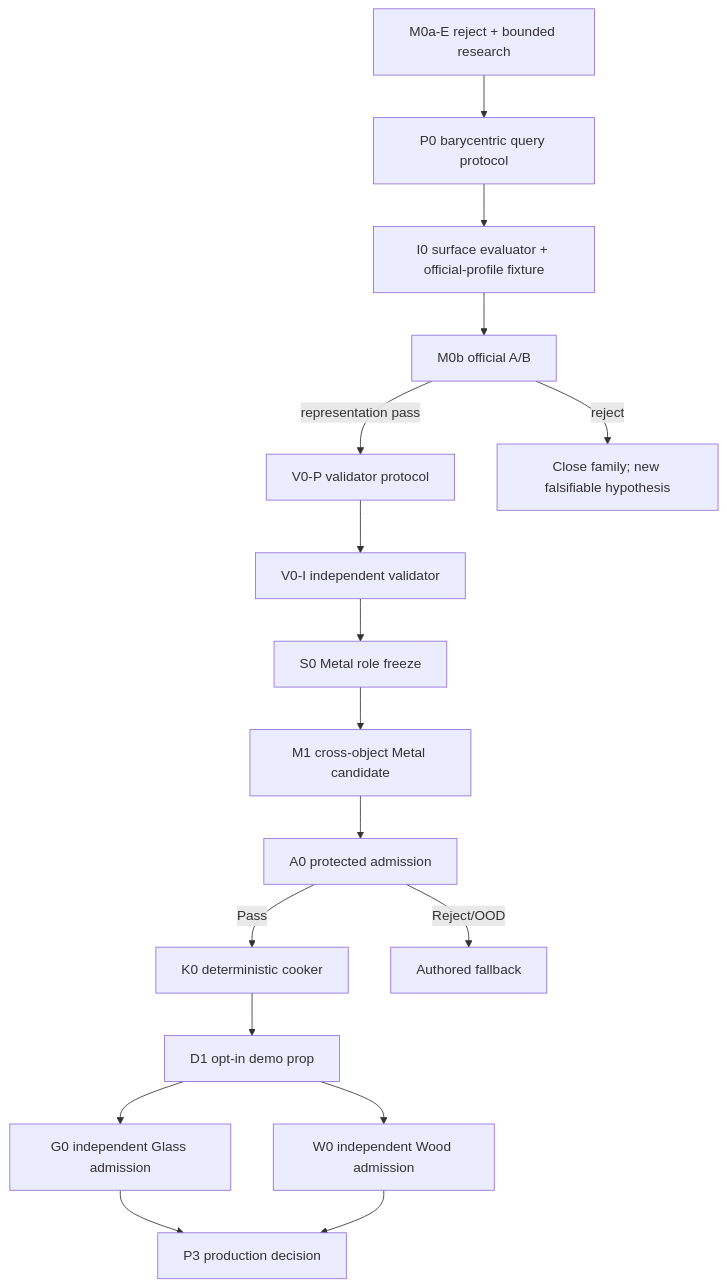
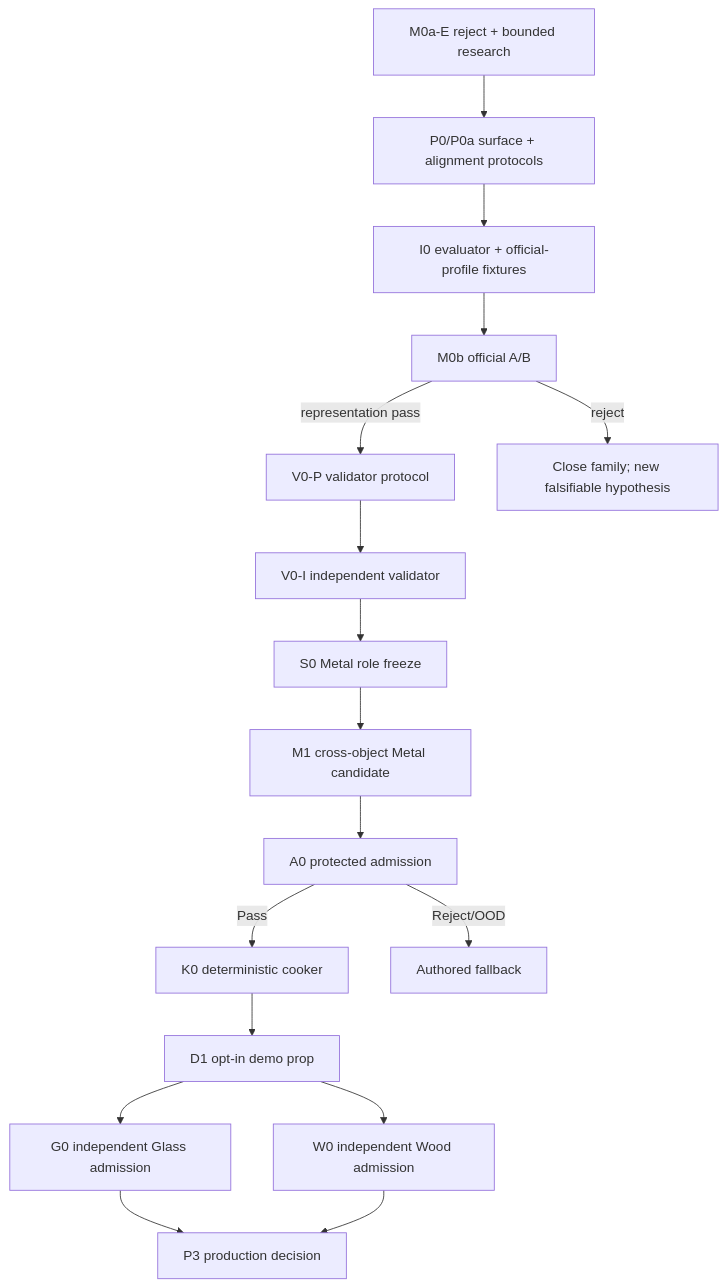
One commit to kaifaty/NextEngine changed the diagram in docs/plans/physical-sound-synthesis-roadmap-v26.md. Above: the diagram before and after it, drawn with Mermaid. The commit also changed other lines of this file and 5 other files, not shown here.

````diff
--- a/docs/plans/physical-sound-synthesis-roadmap-v26.md
+++ b/docs/plans/physical-sound-synthesis-roadmap-v26.md
@@ -49,19 +49,19 @@
 ```mermaid
 flowchart TD
-    R["M0a-E reject + bounded research"] --> P["P0 barycentric query protocol"]
-    P --> I["I0 surface evaluator + official-profile fixture"]
+    R["M0a-E reject + bounded research"] --> P["P0/P0a surface + alignment protocols"]
+    P --> I["I0 evaluator + official-profile fixtures"]
     I --> M["M0b official A/B"]
     M -->|"representation pass"| VP["V0-P validator protocol"]
     M -->|"reject"| MR["Close family; new falsifiable hypothesis"]
     VP --> VI["V0-I independent validator"]
     VI --> S["S0 Metal role freeze"]
     S --> C["M1 cross-object Metal candidate"]
     C --> A["A0 protected admission"]
     A -->|"Pass"| K["K0 deterministic cooker"]
     A -->|"Reject/OOD"| F["Authored fallback"]
     K --> D["D1 opt-in demo prop"]
     D --> G["G0 independent Glass admission"]
     D --> W["W0 independent Wood admission"]
     G --> X["P3 production decision"]
     W --> X
 ```
````
